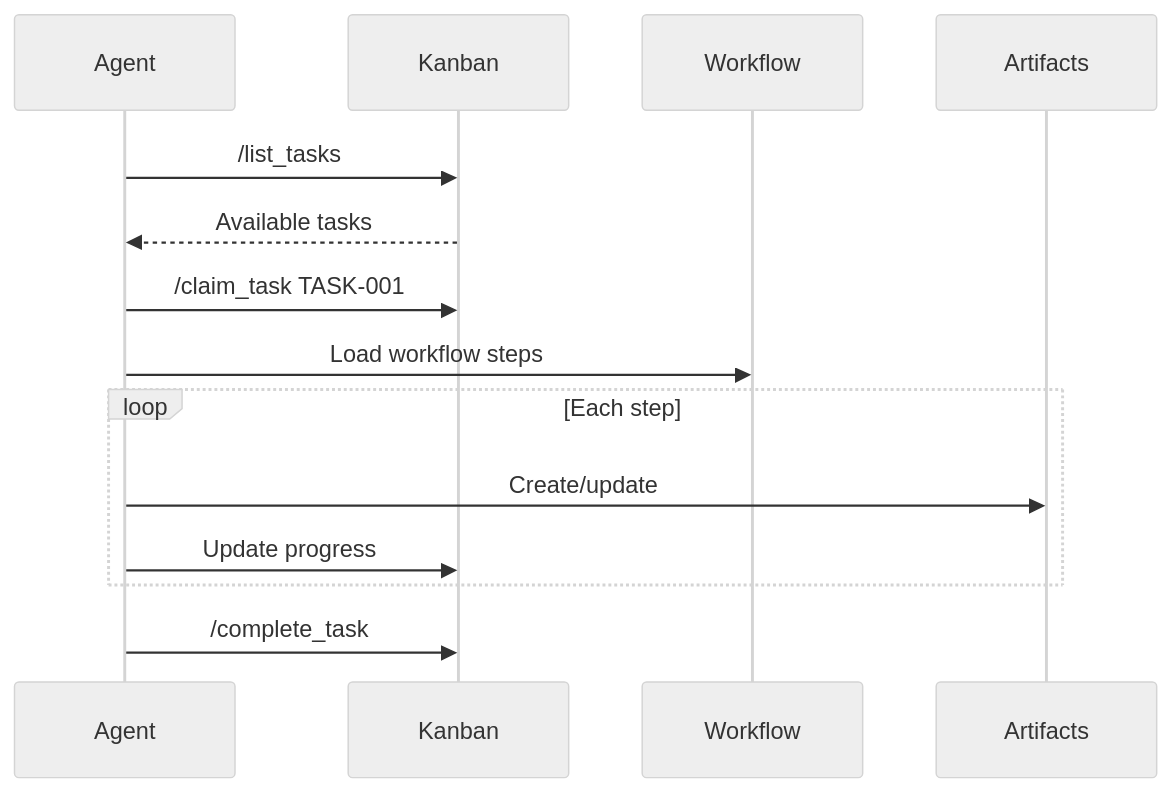
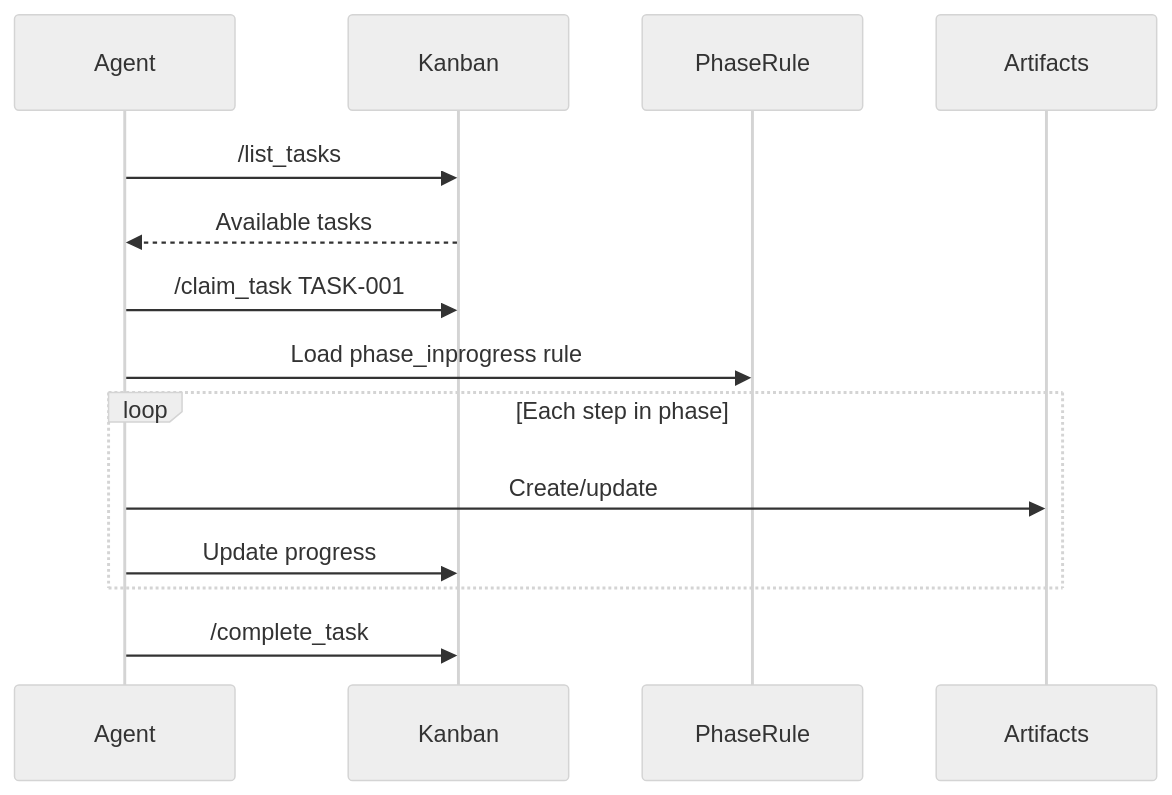
One commit to NunoMoura/dev_ops changed the second of 2 diagrams in README.md. Above: the diagram before and after it, drawn with Mermaid (neutral theme). The commit also changed other lines of this file and 47 other files, not shown here.

````diff
--- a/README.md
+++ b/README.md
@@ -75,17 +96,17 @@
 ```mermaid
 sequenceDiagram
     participant Agent
     participant Kanban
-    participant Workflow
+    participant PhaseRule
     participant Artifacts
-    
+
     Agent->>Kanban: /list_tasks
     Kanban-->>Agent: Available tasks
     Agent->>Kanban: /claim_task TASK-001
-    Agent->>Workflow: Load workflow steps
-    loop Each step
+    Agent->>PhaseRule: Load phase_inprogress rule
+    loop Each step in phase
         Agent->>Artifacts: Create/update
         Agent->>Kanban: Update progress
     end
     Agent->>Kanban: /complete_task
 ```
````
